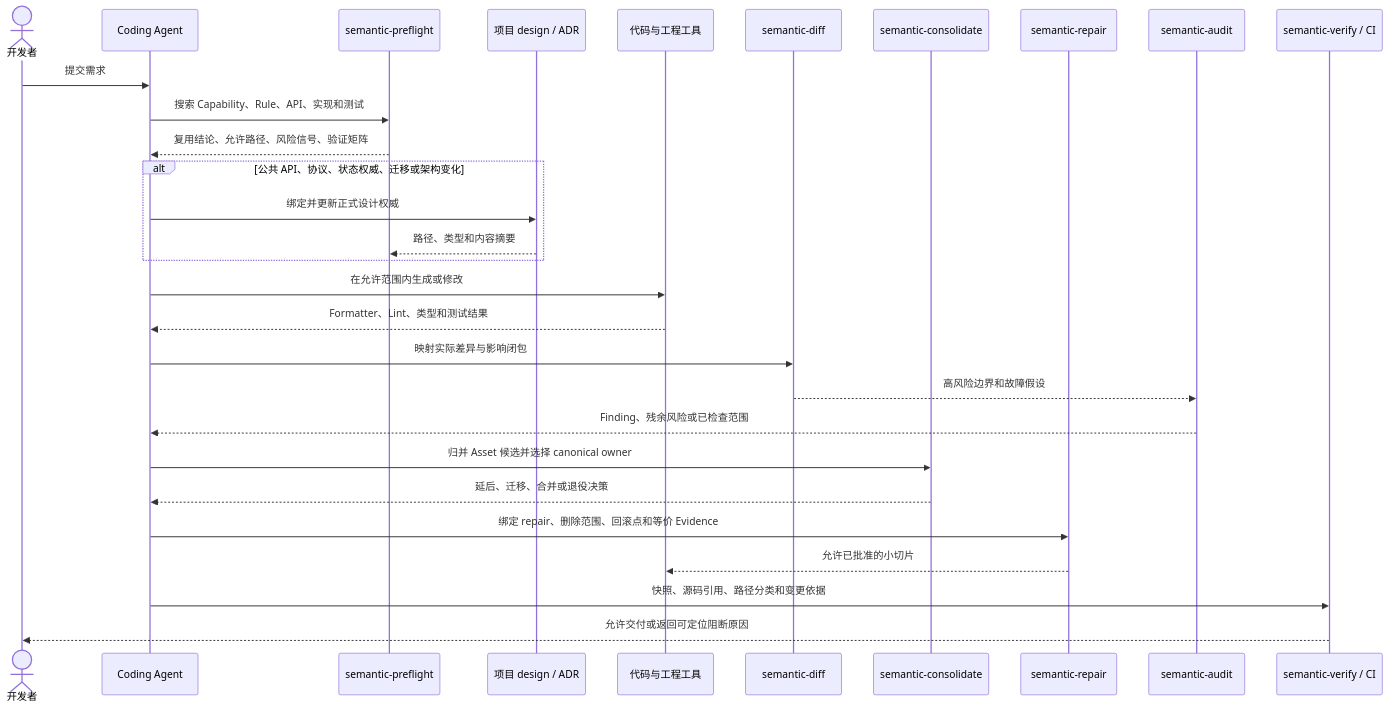
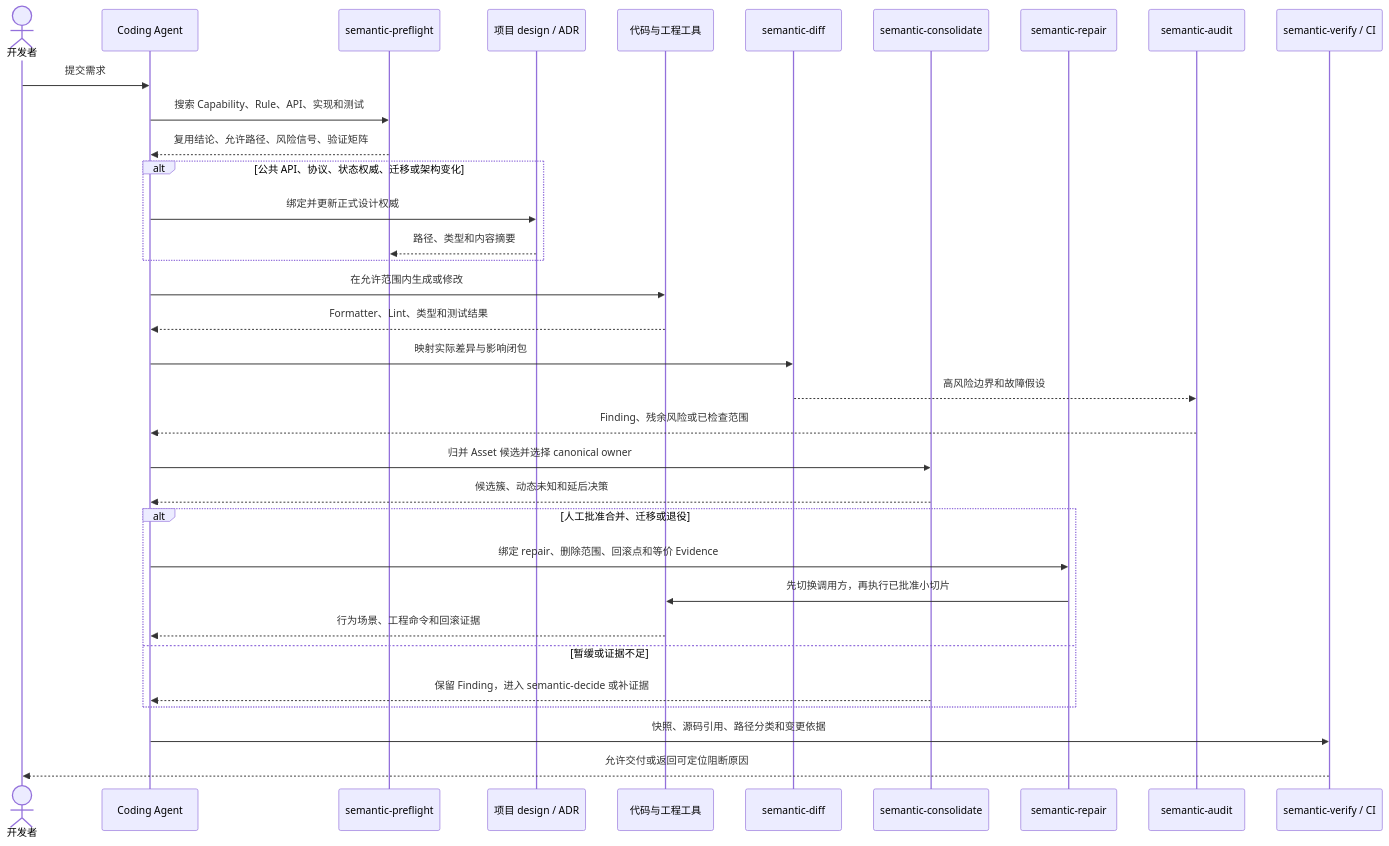
The eighth of 9 diagrams in docs/supreme/specs/plugin-architecture/design.md (EchoYue-lp/echo-semantic), drawn with Mermaid before and after one commit. The commit also changed other lines of this file and 38 other files, not shown here.

````diff
--- a/docs/supreme/specs/plugin-architecture/design.md
+++ b/docs/supreme/specs/plugin-architecture/design.md
@@ -383,32 +394,37 @@
 ```mermaid
 sequenceDiagram
   actor User as 开发者
   participant Agent as Coding Agent
   participant Preflight as semantic-preflight
   participant Authority as 项目 design / ADR
   participant Code as 代码与工程工具
   participant Diff as semantic-diff
   participant Consolidate as semantic-consolidate
   participant Repair as semantic-repair
   participant Audit as semantic-audit
   participant Verify as semantic-verify / CI
 
   User->>Agent: 提交需求
   Agent->>Preflight: 搜索 Capability、Rule、API、实现和测试
   Preflight-->>Agent: 复用结论、允许路径、风险信号、验证矩阵
   alt 公共 API、协议、状态权威、迁移或架构变化
     Agent->>Authority: 绑定并更新正式设计权威
     Authority-->>Preflight: 路径、类型和内容摘要
   end
   Agent->>Code: 在允许范围内生成或修改
   Code-->>Agent: Formatter、Lint、类型和测试结果
   Agent->>Diff: 映射实际差异与影响闭包
   Diff-->>Audit: 高风险边界和故障假设
   Audit-->>Agent: Finding、残余风险或已检查范围
   Agent->>Consolidate: 归并 Asset 候选并选择 canonical owner
-  Consolidate-->>Agent: 延后、迁移、合并或退役决策
-  Agent->>Repair: 绑定 repair、删除范围、回滚点和等价 Evidence
-  Repair-->>Code: 允许已批准的小切片
+  Consolidate-->>Agent: 候选簇、动态未知和延后决策
+  alt 人工批准合并、迁移或退役
+    Agent->>Repair: 绑定 repair、删除范围、回滚点和等价 Evidence
+    Repair->>Code: 先切换调用方，再执行已批准小切片
+    Code-->>Agent: 行为场景、工程命令和回滚证据
+  else 暂缓或证据不足
+    Consolidate-->>Agent: 保留 Finding，进入 semantic-decide 或补证据
+  end
   Agent->>Verify: 快照、源码引用、路径分类和变更依据
   Verify-->>User: 允许交付或返回可定位阻断原因
 ```
````
